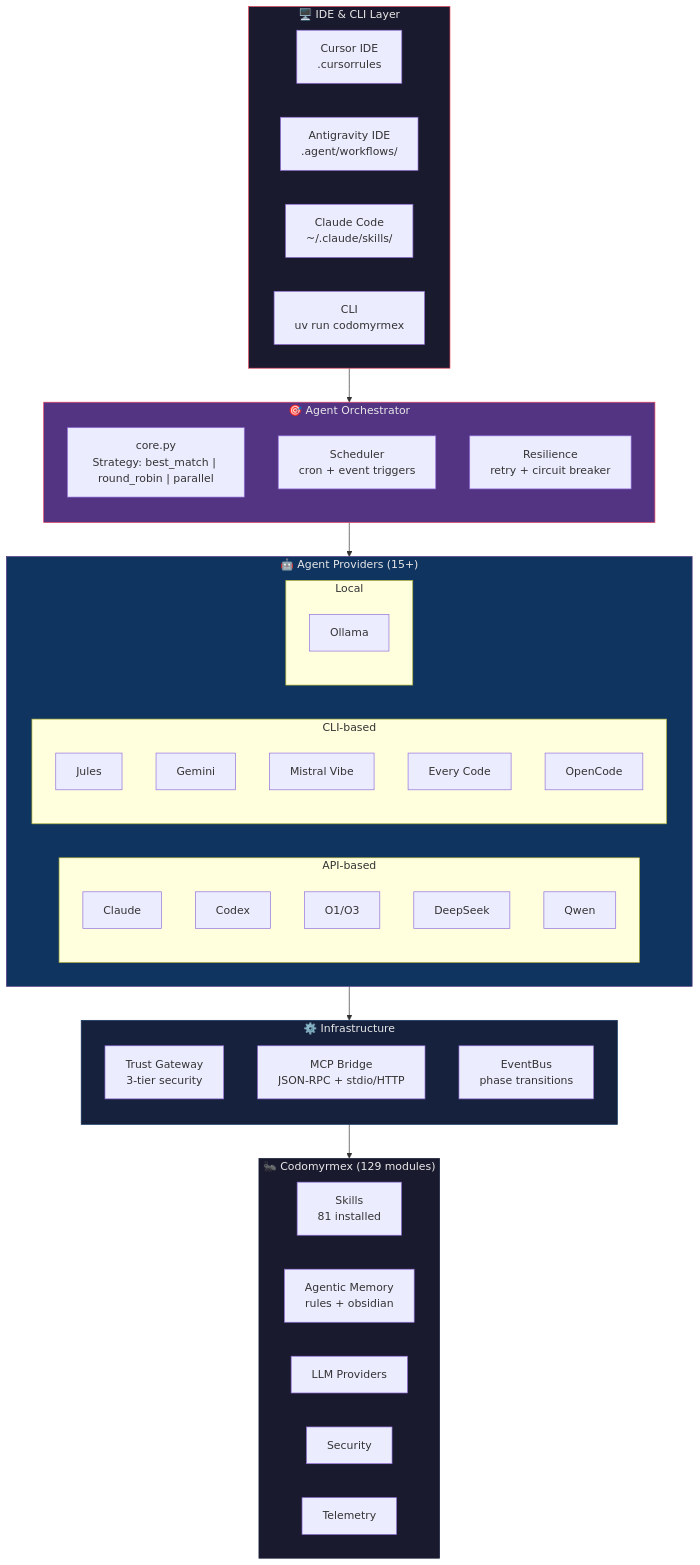
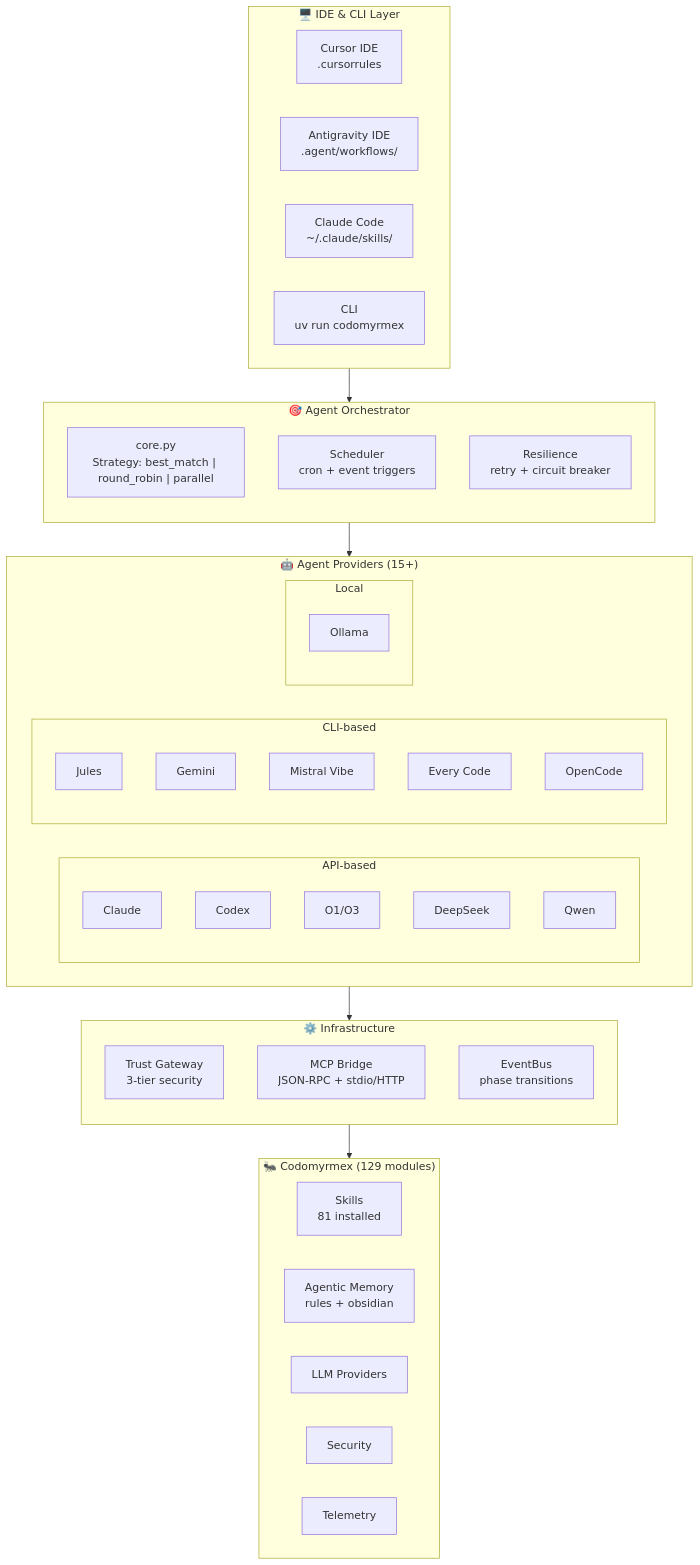
One commit to docxology/codomyrmex changed the first of 11 diagrams in docs/getting-started/GETTING_STARTED_WITH_AGENTS.md. Above: the diagram before and after it, drawn with Mermaid. The commit also changed other lines of this file and 86 other files, not shown here.

````diff
--- a/docs/getting-started/GETTING_STARTED_WITH_AGENTS.md
+++ b/docs/getting-started/GETTING_STARTED_WITH_AGENTS.md
@@ -13,65 +13,59 @@
 ```mermaid
 graph TB
     subgraph IDE["🖥️ IDE & CLI Layer"]
         direction LR
         CURSOR["Cursor IDE<br/>.cursorrules"]
         ANTIGRAV["Antigravity IDE<br/>.agent/workflows/"]
         CLAUDE_CODE["Claude Code<br/>~/.claude/skills/"]
         CLI["CLI<br/>uv run codomyrmex"]
     end
 
     subgraph ORCH["🎯 Agent Orchestrator"]
         direction TB
         CORE["core.py<br/>Strategy: best_match | round_robin | parallel"]
         SCHED["Scheduler<br/>cron + event triggers"]
         RESILIENCE["Resilience<br/>retry + circuit breaker"]
     end
 
     subgraph AGENTS["🤖 Agent Providers (15+)"]
         direction LR
         subgraph API_AGENTS["API-based"]
             CLAUDE["Claude"]
             CODEX["Codex"]
             O1["O1/O3"]
             DEEPSEEK["DeepSeek"]
             QWEN["Qwen"]
         end
         subgraph CLI_AGENTS["CLI-based"]
             JULES["Jules"]
             GEMINI["Gemini"]
             MISTRAL["Mistral Vibe"]
             EVERYCODE["Every Code"]
             OPENCODE["OpenCode"]
         end
         subgraph LOCAL_AGENTS["Local"]
             OLLAMA["Ollama"]
         end
     end
 
     subgraph INFRA["⚙️ Infrastructure"]
         direction TB
         TRUST["Trust Gateway<br/>3-tier security"]
         MCP["MCP Bridge<br/>JSON-RPC + stdio/HTTP"]
         EVENTS["EventBus<br/>phase transitions"]
     end
 
     subgraph MODULES["🐜 Codomyrmex (129 modules)"]
         direction LR
         SKILLS_MOD["Skills<br/>81 installed"]
         MEMORY_MOD["Agentic Memory<br/>rules + obsidian"]
         LLM_MOD["LLM Providers"]
         SEC_MOD["Security"]
         TELEM_MOD["Telemetry"]
     end
 
     IDE --> ORCH
     ORCH --> AGENTS
     AGENTS --> INFRA
     INFRA --> MODULES
-
-    style IDE fill:#1a1a2e,stroke:#e94560,color:#e8e8e8
-    style ORCH fill:#533483,stroke:#e94560,color:#e8e8e8
-    style AGENTS fill:#0f3460,stroke:#533483,color:#e8e8e8
-    style INFRA fill:#16213e,stroke:#0f3460,color:#e8e8e8
-    style MODULES fill:#1a1a2e,stroke:#16213e,color:#e8e8e8
 ```
````
